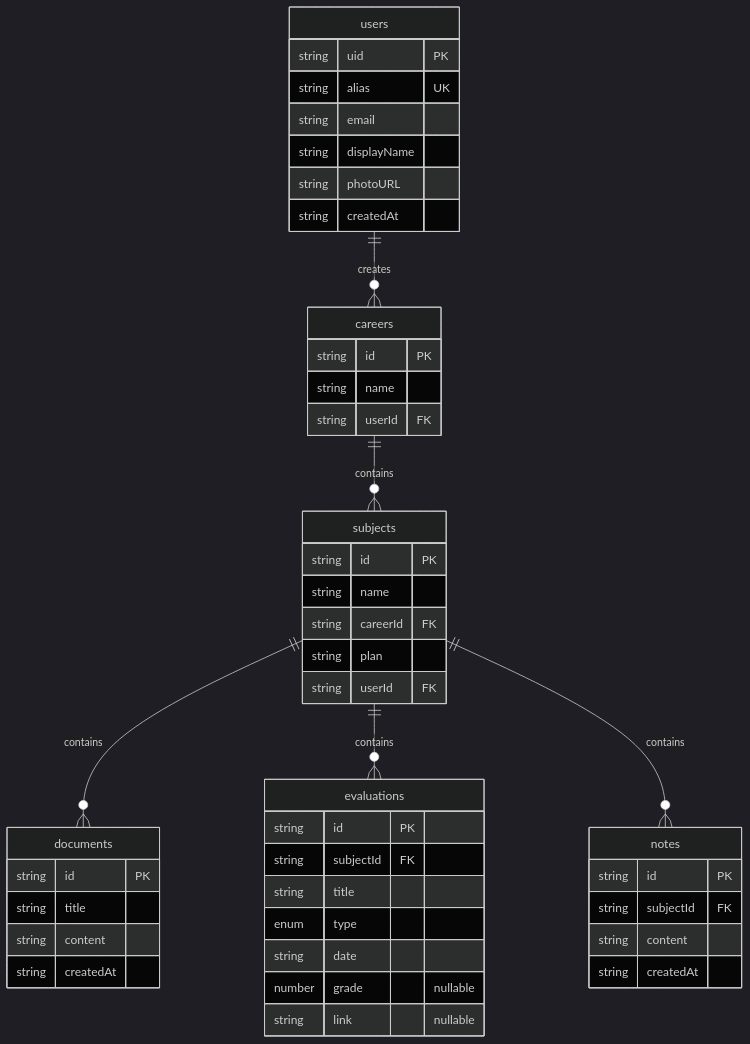
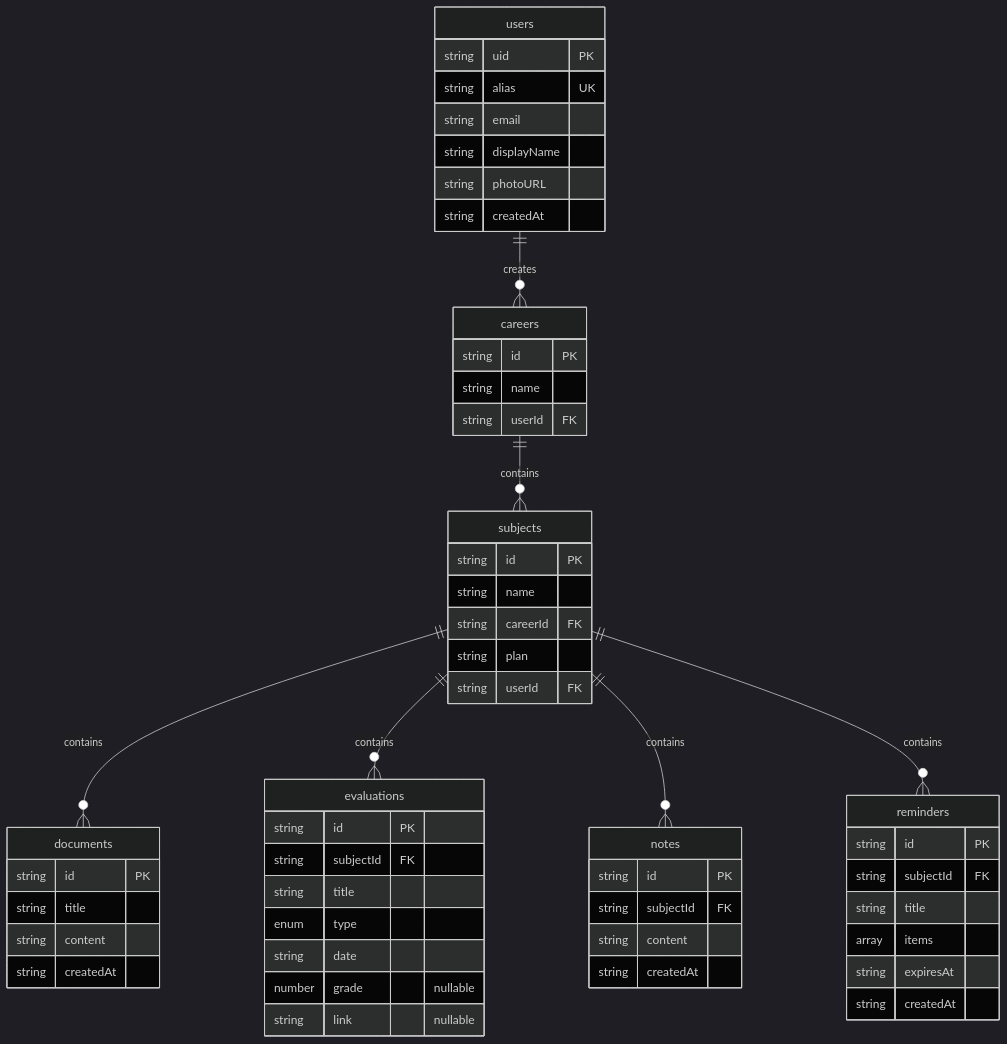
One commit to CiroMirkin/Cufa changed the diagram in docs/esquema.md. Above: the diagram before and after it, drawn with Mermaid (dark theme). The commit also changed other lines of this file and 1 other file, not shown here.

Commit message:
docs: document reminders in casos-de-uso and esquema

````diff
--- a/docs/esquema.md
+++ b/docs/esquema.md
@@ -70,55 +80,65 @@
 ```mermaid
 erDiagram
     users {
         string uid PK
         string alias UK
         string email
         string displayName
         string photoURL
         string createdAt
     }
 
     careers {
         string id PK
         string name
         string userId FK
     }
 
     subjects {
         string id PK
         string name
         string careerId FK
         string plan
         string userId FK
     }
 
     documents {
         string id PK
         string title
         string content
         string createdAt
     }
 
     evaluations {
         string id PK
         string subjectId FK
         string title
         enum type
         string date
         number grade "nullable"
         string link "nullable"
     }
 
     notes {
         string id PK
         string subjectId FK
         string content
         string createdAt
     }
 
+    reminders {
+        string id PK
+        string subjectId FK
+        string title
+        array items
+        string expiresAt
+        string createdAt
+    }
+
     users ||--o{ careers : "creates"
     careers ||--o{ subjects : contains
     subjects ||--o{ documents : contains
     subjects ||--o{ evaluations : contains
     subjects ||--o{ notes : contains
+    subjects ||--o{ reminders : contains
 ```
````
